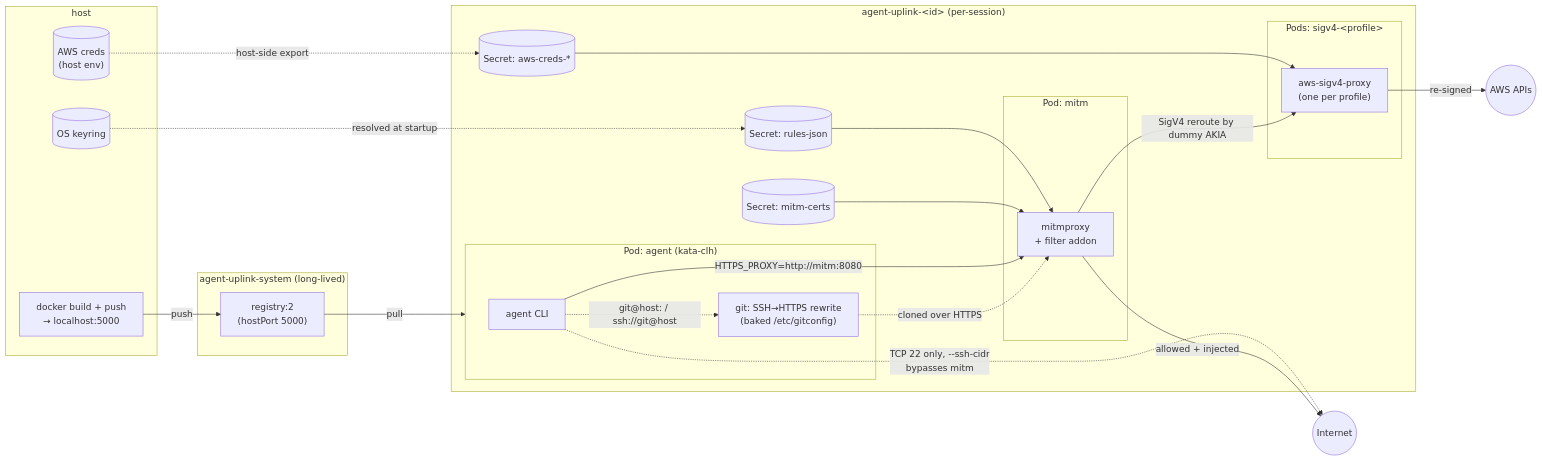
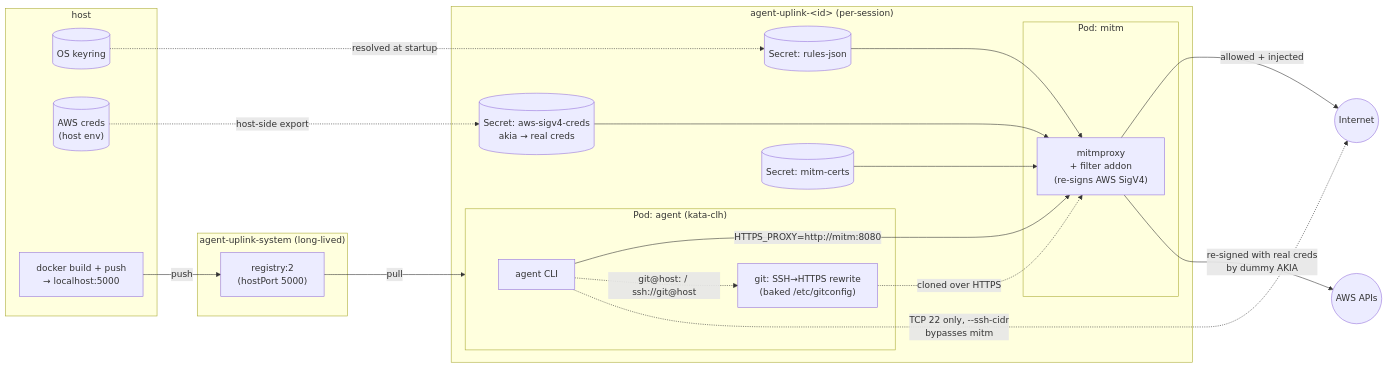
One commit to hoo29/agent-uplink changed the diagram in README.md. Above: the diagram before and after it, drawn with Mermaid. The commit also changed other lines of this file and 15 other files, not shown here.

Commit message:
remove sig sidecar, use mitm

````diff
--- a/README.md
+++ b/README.md
@@ -13,46 +13,42 @@
 ```mermaid
 flowchart LR
     subgraph host["host"]
         keyring[("OS keyring")]
         awscreds[("AWS creds<br/>(host env)")]
         dockerd["docker build + push<br/>→ localhost:5000"]
     end
 
     subgraph registry_ns["agent-uplink-system (long-lived)"]
         registry["registry:2<br/>(hostPort 5000)"]
     end
 
     subgraph session_ns["agent-uplink-&lt;id&gt; (per-session)"]
         subgraph agent_pod["Pod: agent (kata-clh)"]
             agent["agent CLI"]
             gitrw["git: SSH→HTTPS rewrite<br/>(baked /etc/gitconfig)"]
         end
         subgraph mitm_pod["Pod: mitm"]
-            mitm["mitmproxy<br/>+ filter addon"]
-        end
-        subgraph sigv4_pods["Pods: sigv4-&lt;profile&gt;"]
-            sidecar["aws-sigv4-proxy<br/>(one per profile)"]
+            mitm["mitmproxy<br/>+ filter addon<br/>(re-signs AWS SigV4)"]
         end
         rules[("Secret: rules-json")]
         certs[("Secret: mitm-certs")]
-        creds[("Secret: aws-creds-*")]
+        creds[("Secret: aws-sigv4-creds<br/>akia → real creds")]
     end
 
     internet(("Internet"))
     aws(("AWS APIs"))
 
     dockerd -->|push| registry
     registry -->|pull| agent_pod
     keyring -.->|resolved at startup| rules
     awscreds -.->|host-side export| creds
     rules --> mitm
     certs --> mitm
-    creds --> sidecar
+    creds --> mitm
     agent -->|HTTPS_PROXY=http://mitm:8080| mitm
     agent -.->|"git@host: / ssh://git@host"| gitrw
     gitrw -.->|cloned over HTTPS| mitm
     agent -.->|TCP 22 only, --ssh-cidr<br/>bypasses mitm| internet
     mitm -->|allowed + injected| internet
-    mitm -->|SigV4 reroute by dummy AKIA| sidecar
-    sidecar -->|re-signed| aws
+    mitm -->|re-signed with real creds<br/>by dummy AKIA| aws
 ```
````
